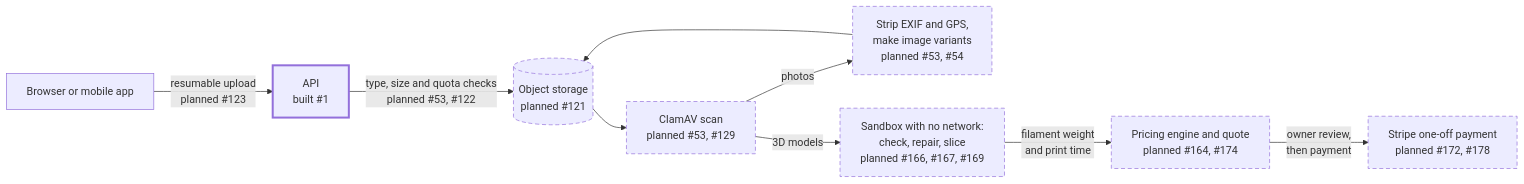
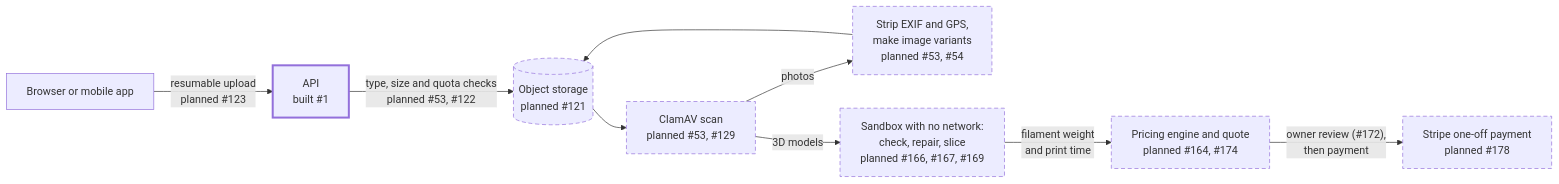
The fourth of 6 diagrams in docs/ARCHITECTURE.md (8y7mh47ysk-hash/car-social-app), drawn with Mermaid before and after one commit. The commit also changed other lines of this file, not shown here.

First line of the commit message:
docs: correct statements in the architecture document

````diff
--- a/docs/ARCHITECTURE.md
+++ b/docs/ARCHITECTURE.md
@@ -244,14 +244,14 @@
 ```mermaid
 flowchart LR
   classDef built stroke-width:3px
   classDef planned stroke-dasharray:6 4
 
   client["Browser or mobile app"] -->|"resumable upload<br/>planned #123"| api["API<br/>built #1"]:::built
   api -->|"type, size and quota checks<br/>planned #53, #122"| store[("Object storage<br/>planned #121")]:::planned
   store --> scan["ClamAV scan<br/>planned #53, #129"]:::planned
   scan -->|photos| exif["Strip EXIF and GPS,<br/>make image variants<br/>planned #53, #54"]:::planned
   scan -->|"3D models"| sandbox["Sandbox with no network:<br/>check, repair, slice<br/>planned #166, #167, #169"]:::planned
   sandbox -->|"filament weight<br/>and print time"| quote["Pricing engine and quote<br/>planned #164, #174"]:::planned
-  quote -->|"owner review,<br/>then payment"| stripe["Stripe one-off payment<br/>planned #172, #178"]:::planned
+  quote -->|"owner review (#172),<br/>then payment"| stripe["Stripe one-off payment<br/>planned #178"]:::planned
   exif --> store
 ```
````
